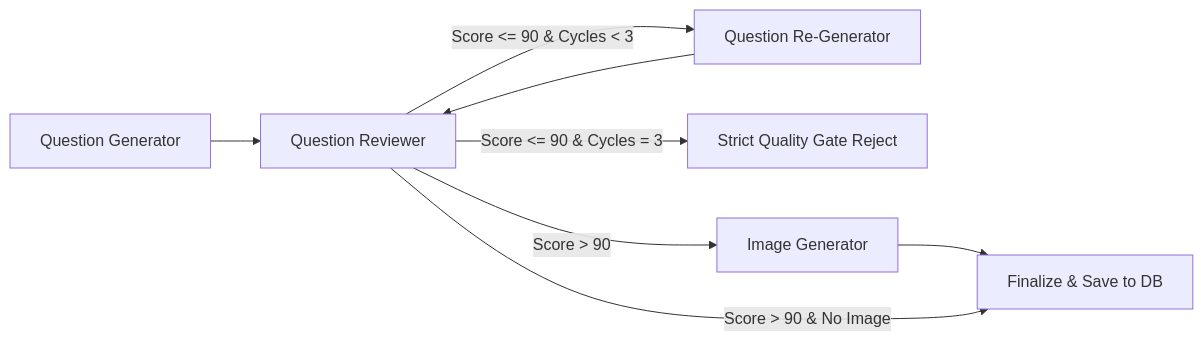
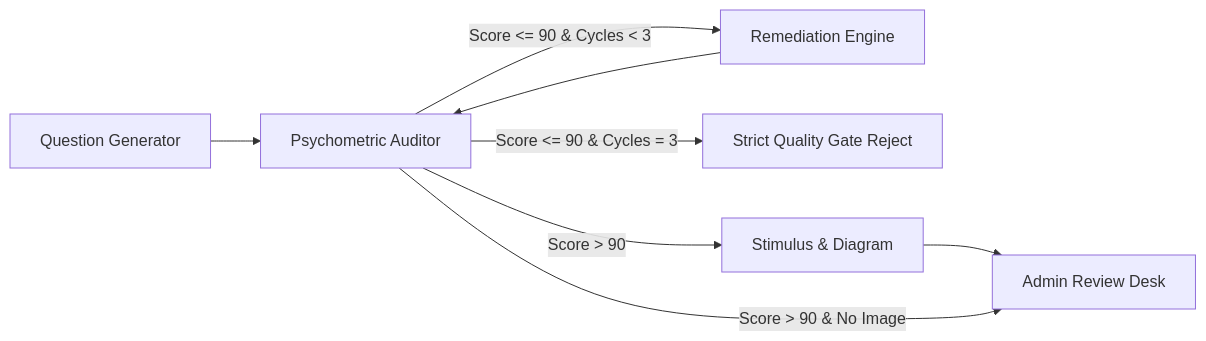
Before and after one commit to VishwamPatel-Infynno/MCAT-Question-Bank-Generator: the diagram in README.md, drawn with Mermaid. The commit also changed other lines of this file and 6 other files, not shown here.

````diff
--- a/README.md
+++ b/README.md
@@ -27,10 +27,10 @@
 ```mermaid
 graph LR
-    Generator[Question Generator] --> Reviewer[Question Reviewer]
-    Reviewer -->|Score <= 90 & Cycles < 3| Regenerator[Question Re-Generator]
+    Generator[Question Generator] --> Reviewer[Psychometric Auditor]
+    Reviewer -->|Score <= 90 & Cycles < 3| Regenerator[Remediation Engine]
     Regenerator --> Reviewer
     Reviewer -->|Score <= 90 & Cycles = 3| Reject[Strict Quality Gate Reject]
-    Reviewer -->|Score > 90| ImageGen[Image Generator]
-    ImageGen --> Finalize[Finalize & Save to DB]
+    Reviewer -->|Score > 90| ImageGen[Stimulus & Diagram]
+    ImageGen --> Finalize[Admin Review Desk]
     Reviewer -->|Score > 90 & No Image| Finalize
 ```
````
